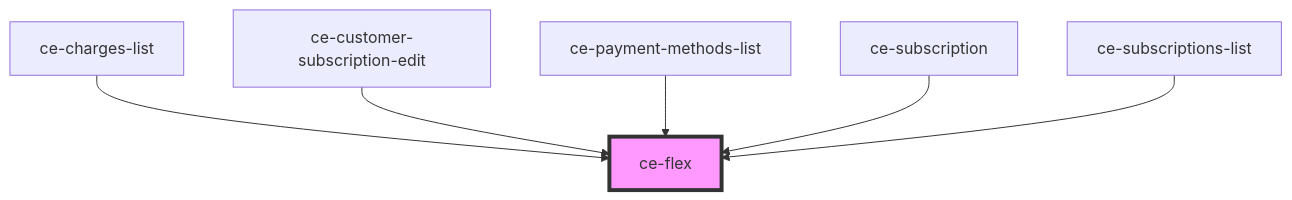
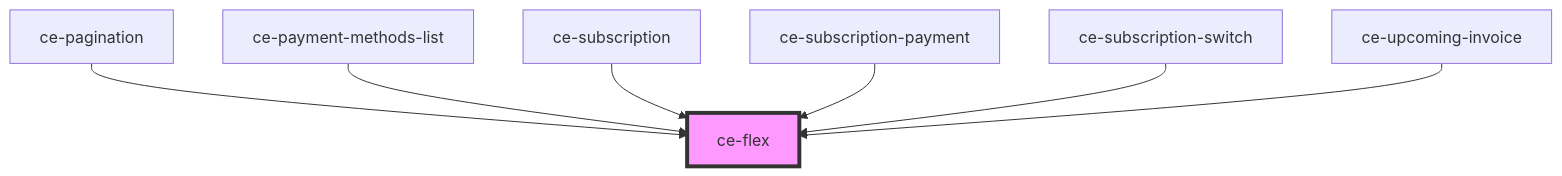
One commit to surecart/surecart-wp-plugin changed the diagram in packages/components/src/components/ui/flex/readme.md. Above: the diagram before and after it, drawn with Mermaid. The commit also changed other lines of this file and 118 other files, not shown here.

````diff
--- a/packages/components/src/components/ui/flex/readme.md
+++ b/packages/components/src/components/ui/flex/readme.md
@@ -28,9 +29,10 @@
 ```mermaid
 graph TD;
-  ce-charges-list --> ce-flex
-  ce-customer-subscription-edit --> ce-flex
+  ce-pagination --> ce-flex
   ce-payment-methods-list --> ce-flex
   ce-subscription --> ce-flex
-  ce-subscriptions-list --> ce-flex
+  ce-subscription-payment --> ce-flex
+  ce-subscription-switch --> ce-flex
+  ce-upcoming-invoice --> ce-flex
   style ce-flex fill:#f9f,stroke:#333,stroke-width:4px
 ```
````
